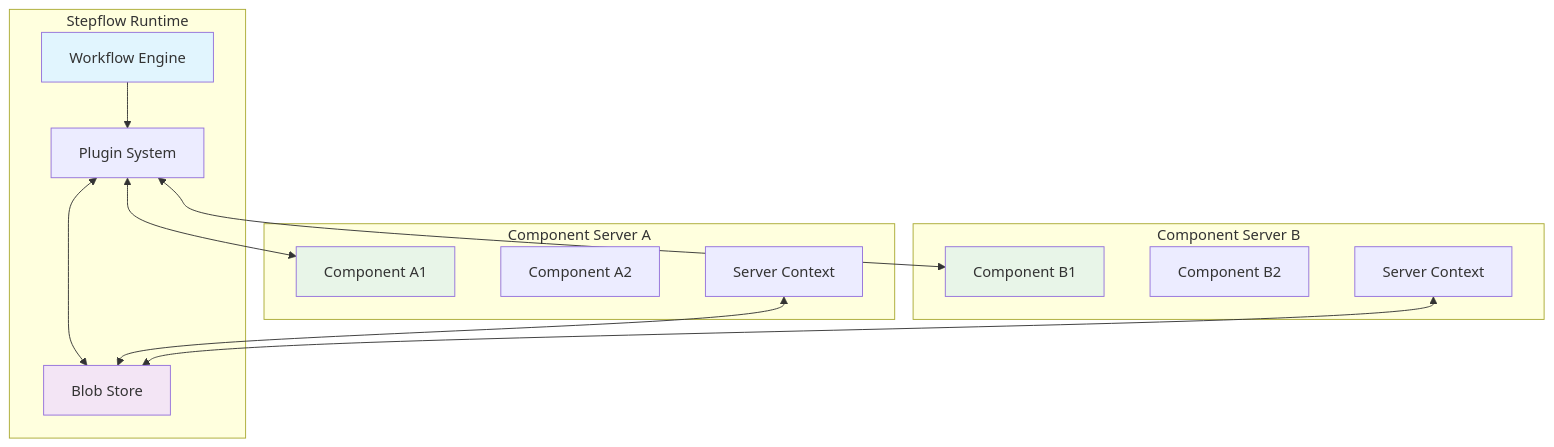
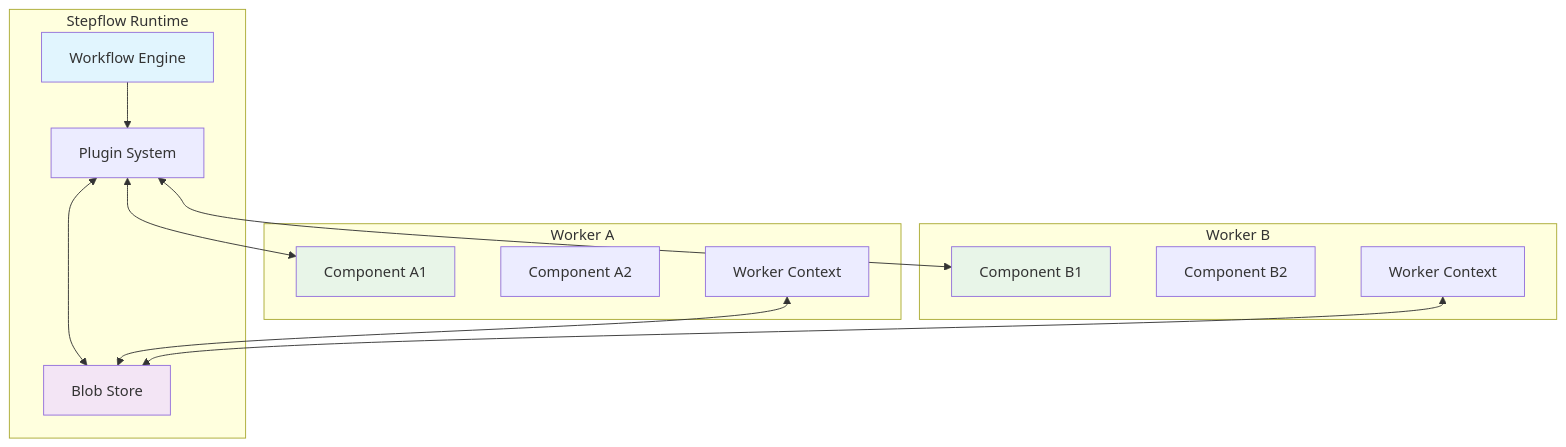
Before and after one commit to stepflow-ai/stepflow: the first of 3 diagrams in docs/docs/protocol/index.md, drawn with Mermaid. The commit also changed other lines of this file and 8 other files, not shown here.

````diff
--- a/docs/docs/protocol/index.md
+++ b/docs/docs/protocol/index.md
@@ -18,32 +17,32 @@
 ```mermaid
 graph TB
     subgraph "Stepflow Runtime"
         WE[Workflow Engine]
         PS[Plugin System]
         BS[Blob Store]
     end
 
-    subgraph "Component Server A"
+    subgraph "Worker A"
         CA1[Component A1]
         CA2[Component A2]
-        CTX[Server Context]
+        CTX[Worker Context]
     end
 
-    subgraph "Component Server B"
+    subgraph "Worker B"
         CB1[Component B1]
         CB2[Component B2]
-        CTX2[Server Context]
+        CTX2[Worker Context]
     end
 
     WE --> PS
     PS <--> CA1
     PS <--> CB1
     PS <--> BS
     CTX <--> BS
     CTX2 <--> BS
 
     style WE fill:#e1f5fe
     style BS fill:#f3e5f5
     style CA1 fill:#e8f5e8
     style CB1 fill:#e8f5e8
 ```
````
